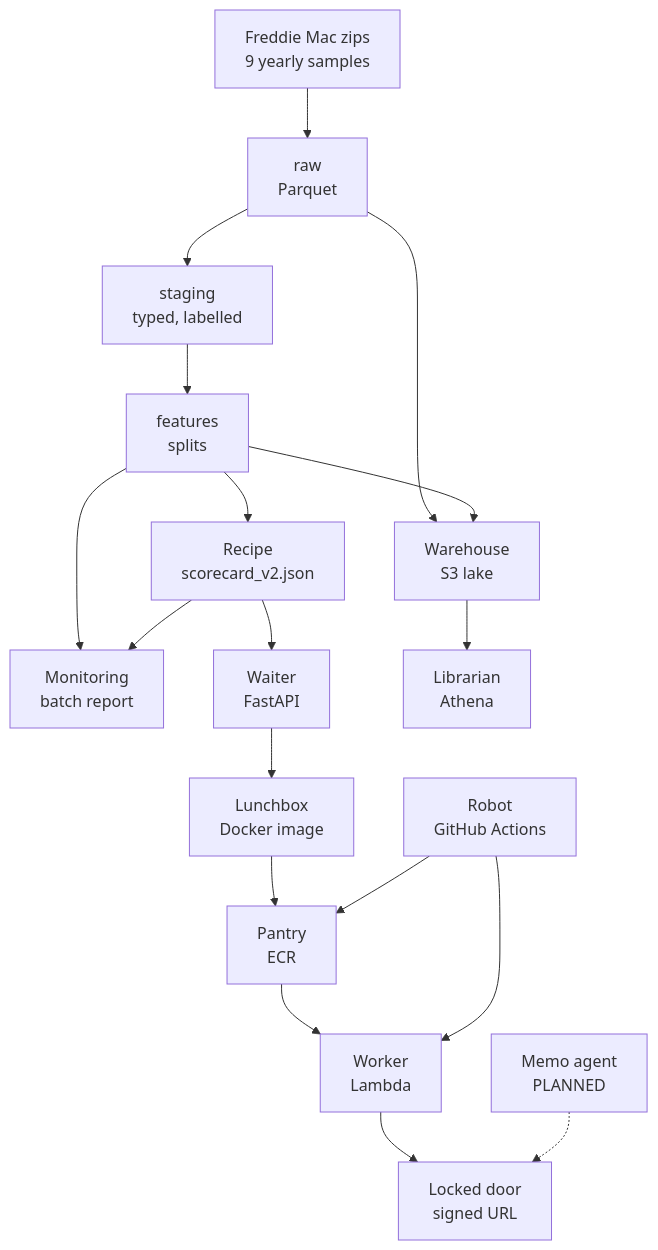
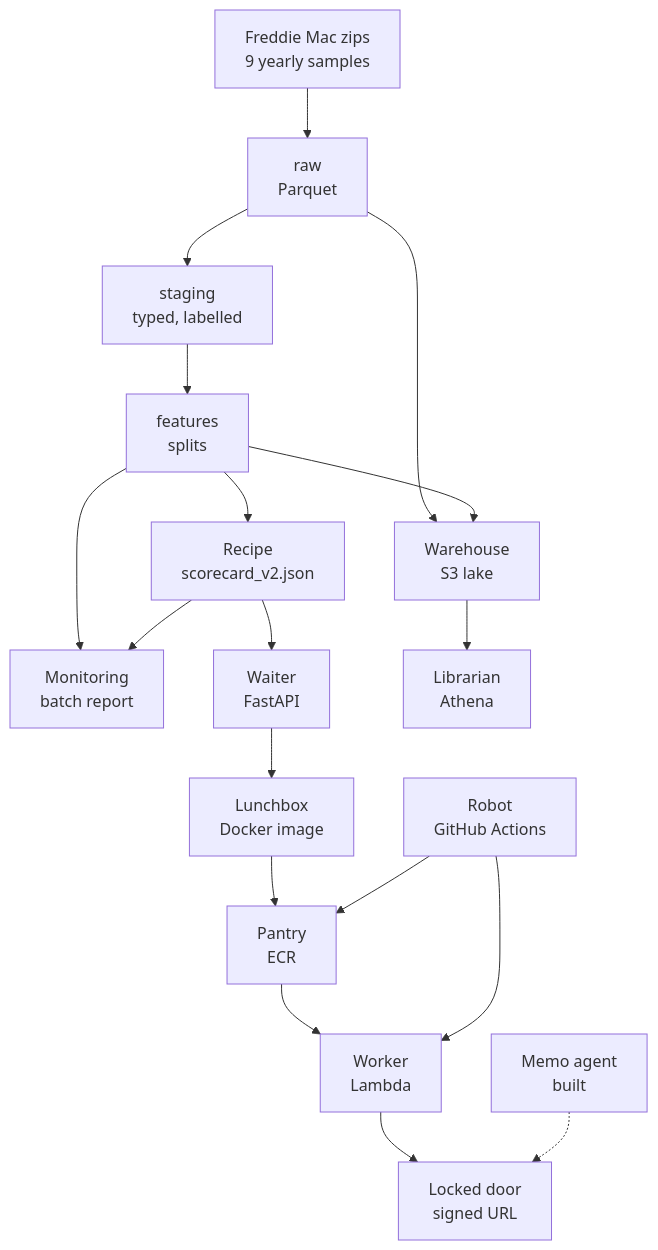
Before and after one commit to Aymannel04/credit-risk-platform: the diagram in docs/walkthrough/README.md, drawn with Mermaid. The commit also changed other lines of this file and 10 other files, not shown here.

Commit message:
Document the memo agent: README section, walkthrough 12 as built, fresh-set result, 496 tests

````diff
--- a/docs/walkthrough/README.md
+++ b/docs/walkthrough/README.md
@@ -52,20 +52,20 @@
 ```mermaid
 flowchart TB
     Z["Freddie Mac zips<br/>9 yearly samples"] --> R["raw<br/>Parquet"]
     R --> S["staging<br/>typed, labelled"]
     S --> F["features<br/>splits"]
     F --> M["Recipe<br/>scorecard_v2.json"]
     F --> MON["Monitoring<br/>batch report"]
     M --> MON
     M --> W["Waiter<br/>FastAPI"]
     W --> LB["Lunchbox<br/>Docker image"]
     LB --> P["Pantry<br/>ECR"]
     P --> L["Worker<br/>Lambda"]
     L --> D["Locked door<br/>signed URL"]
     G["Robot<br/>GitHub Actions"] --> P
     G --> L
     R --> LK["Warehouse<br/>S3 lake"]
     F --> LK
     LK --> A["Librarian<br/>Athena"]
-    AG["Memo agent<br/>PLANNED"] -.-> D
+    AG["Memo agent<br/>built"] -.-> D
 ```
````
